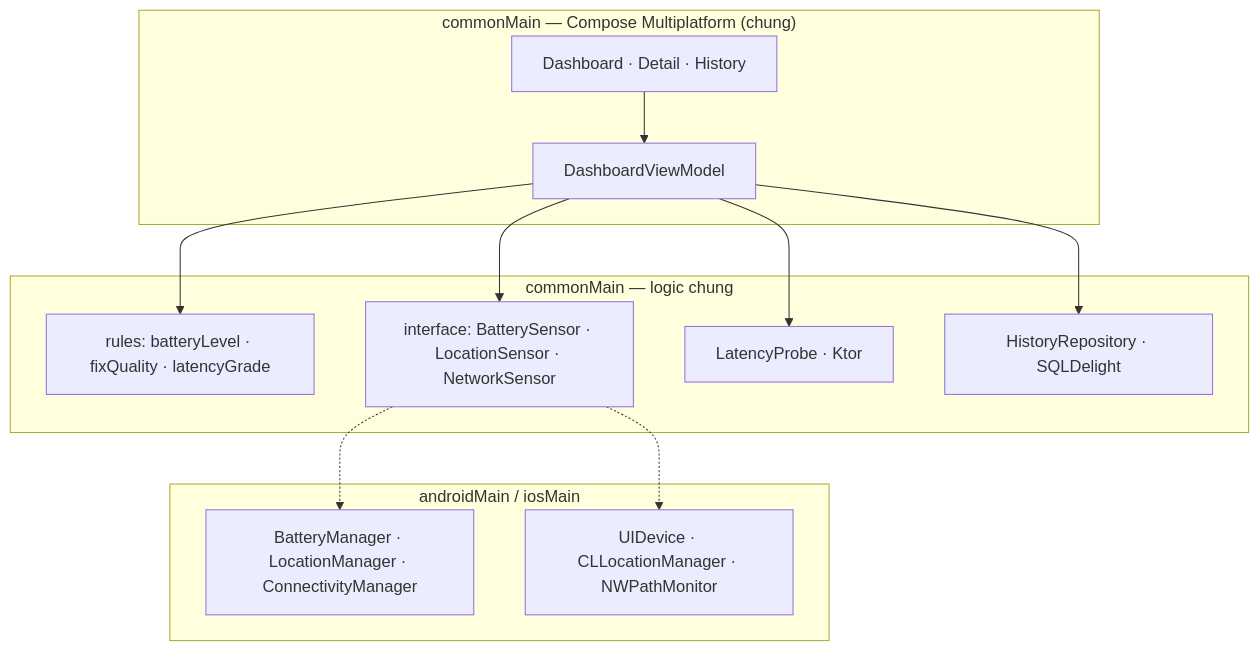
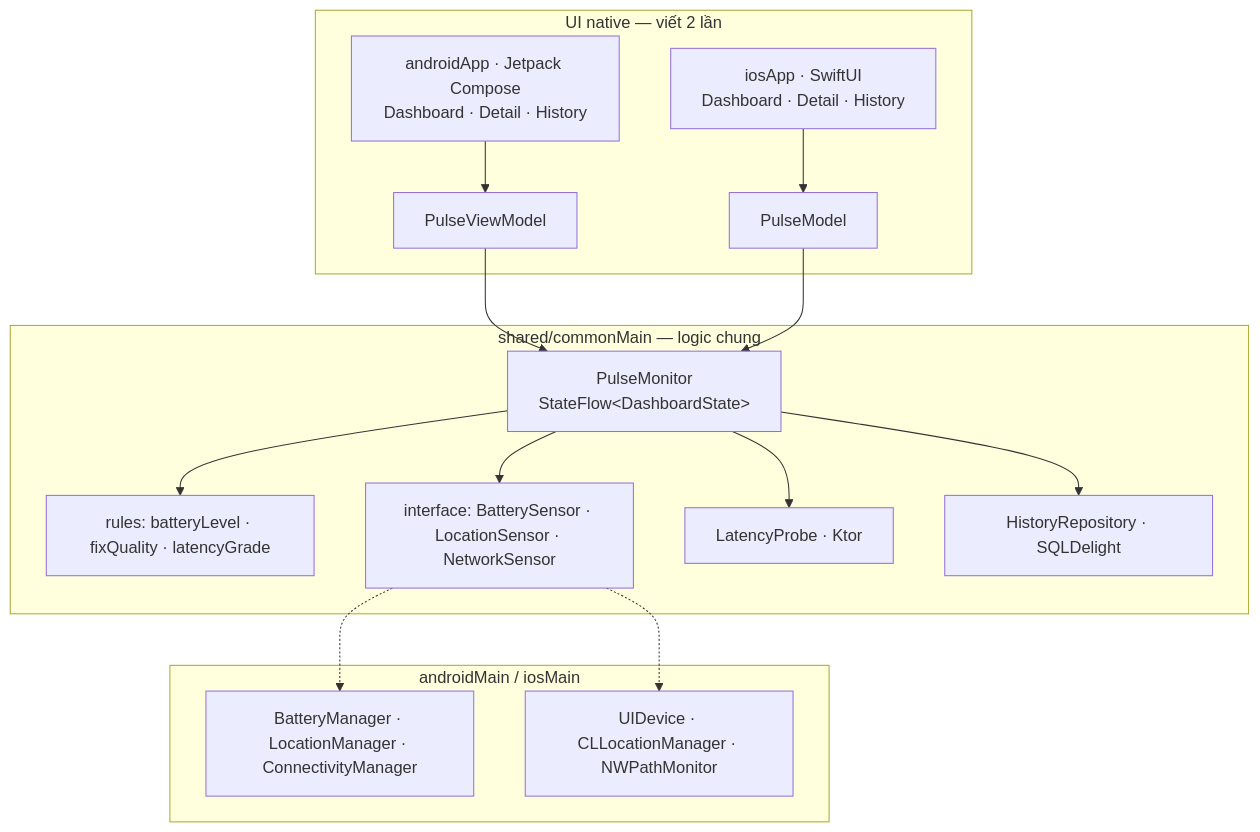
The diagram in docs/project/index.md (tucarmd/kotlin-multi-platform), drawn with Mermaid before and after one commit. The commit also changed other lines of this file and 22 other files, not shown here.

First line of the commit message:
docs(roadmap): UI native — Android in Kotlin + Jetpack Compose, iOS in Swift + SwiftUI on a shared KMP core

````diff
--- a/docs/project/index.md
+++ b/docs/project/index.md
@@ -34,18 +34,22 @@
 ```mermaid
 flowchart TB
-  subgraph UI["commonMain — Compose Multiplatform (chung)"]
-    S[Dashboard · Detail · History] --> VM[DashboardViewModel]
+  subgraph UI["UI native — viết 2 lần"]
+    SA["androidApp · Jetpack Compose<br/>Dashboard · Detail · History"] --> PVM[PulseViewModel]
+    SI["iosApp · SwiftUI<br/>Dashboard · Detail · History"] --> PM[PulseModel]
   end
-  subgraph SHARED["commonMain — logic chung"]
+  subgraph SHARED["shared/commonMain — logic chung"]
+    VM["PulseMonitor<br/>StateFlow&lt;DashboardState&gt;"]
+    PVM --> VM
+    PM --> VM
     VM --> RULES[rules: batteryLevel · fixQuality · latencyGrade]
     VM --> SENS[interface: BatterySensor · LocationSensor · NetworkSensor]
     VM --> PROBE[LatencyProbe · Ktor]
     VM --> HIST[HistoryRepository · SQLDelight]
   end
   subgraph PLATFORM["androidMain / iosMain"]
     A[BatteryManager · LocationManager · ConnectivityManager]
     I[UIDevice · CLLocationManager · NWPathMonitor]
   end
   SENS -.-> A
   SENS -.-> I
 ```
````
